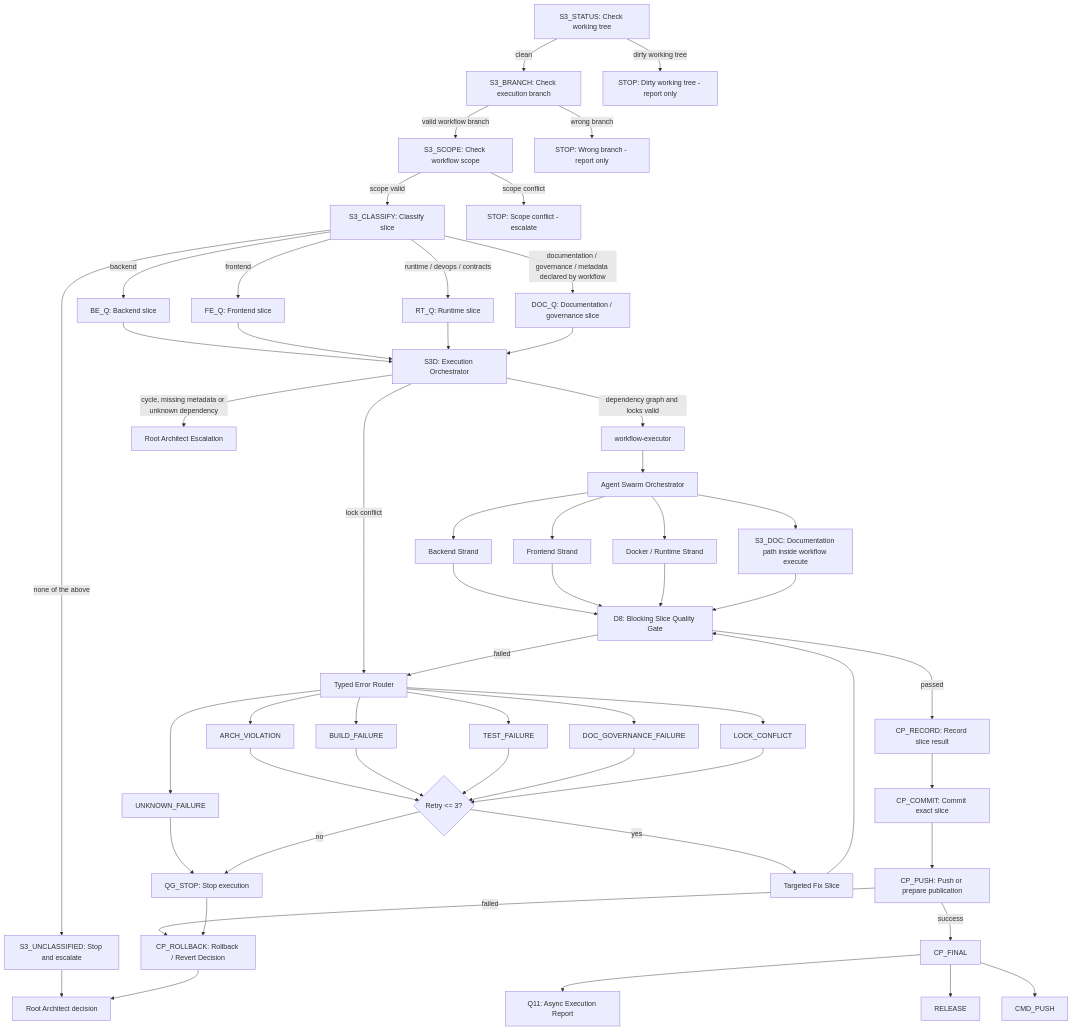
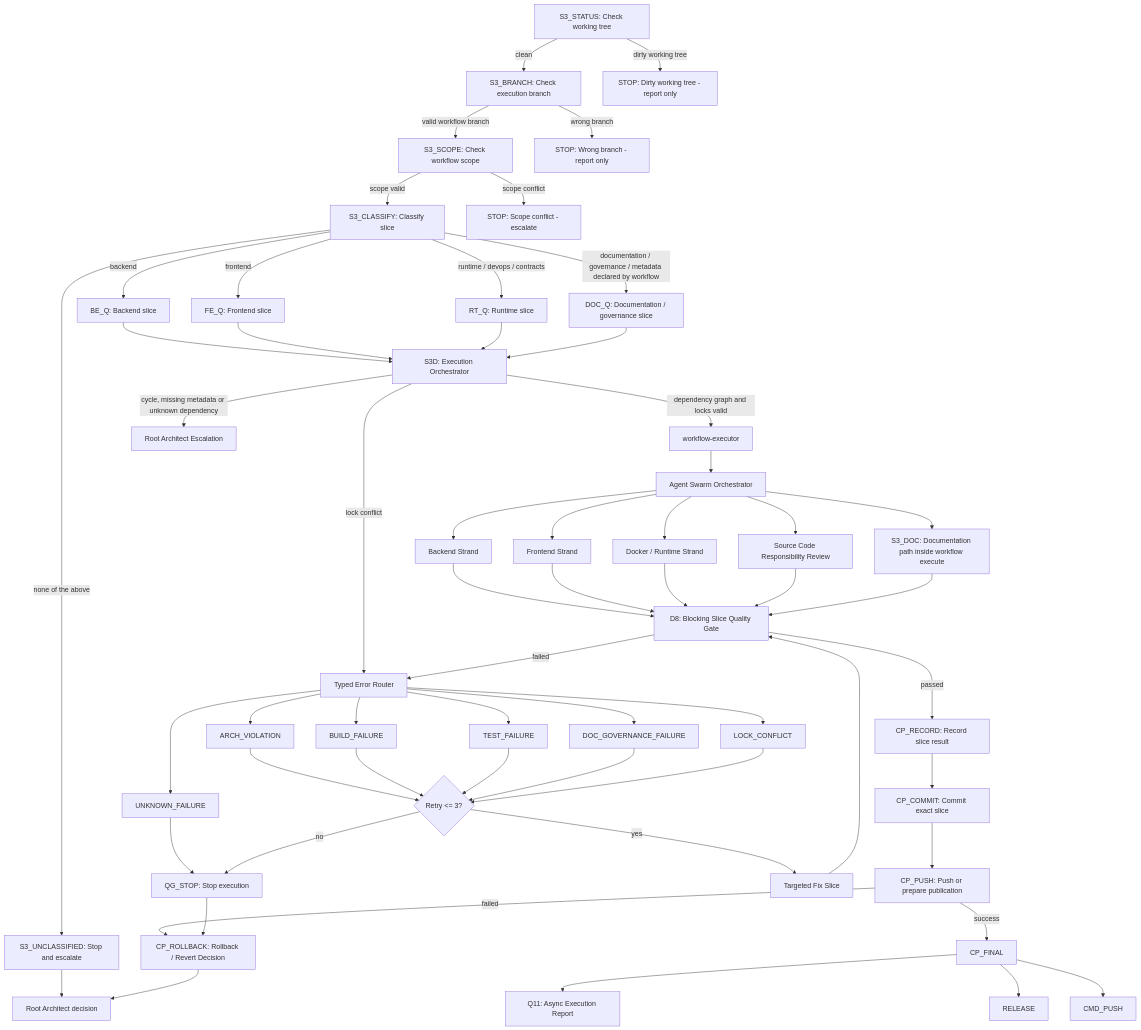
Before and after one commit to MatthiasBurger-Coder/forensic_analytics: the fourth of 5 diagrams in docs/agents/organigramm.md, drawn with Mermaid. The commit also changed 8 other files, not shown here.

First line of the commit message:
agent(skills): add source code responsibility guidance

```diff
--- a/docs/agents/organigramm.md
+++ b/docs/agents/organigramm.md
@@ -122,6 +122,7 @@
   Backend["Backend Strand"]
   Frontend["Frontend Strand"]
   Runtime["Docker / Runtime Strand"]
+  Responsibility["Source Code Responsibility Review"]
   Docs["S3_DOC: Documentation path inside workflow execute"]
   Gate["D8: Blocking Slice Quality Gate"]
   QG_STOP["QG_STOP: Stop execution"]
@@ -162,10 +163,12 @@
   Swarm --> Backend
   Swarm --> Frontend
   Swarm --> Runtime
+  Swarm --> Responsibility
   Swarm --> Docs
   Backend --> Gate
   Frontend --> Gate
   Runtime --> Gate
+  Responsibility --> Gate
   Docs --> Gate
   Gate -->|passed| CP_RECORD --> CP_COMMIT --> CP_PUSH
   CP_PUSH -->|success| CP_FINAL
```
